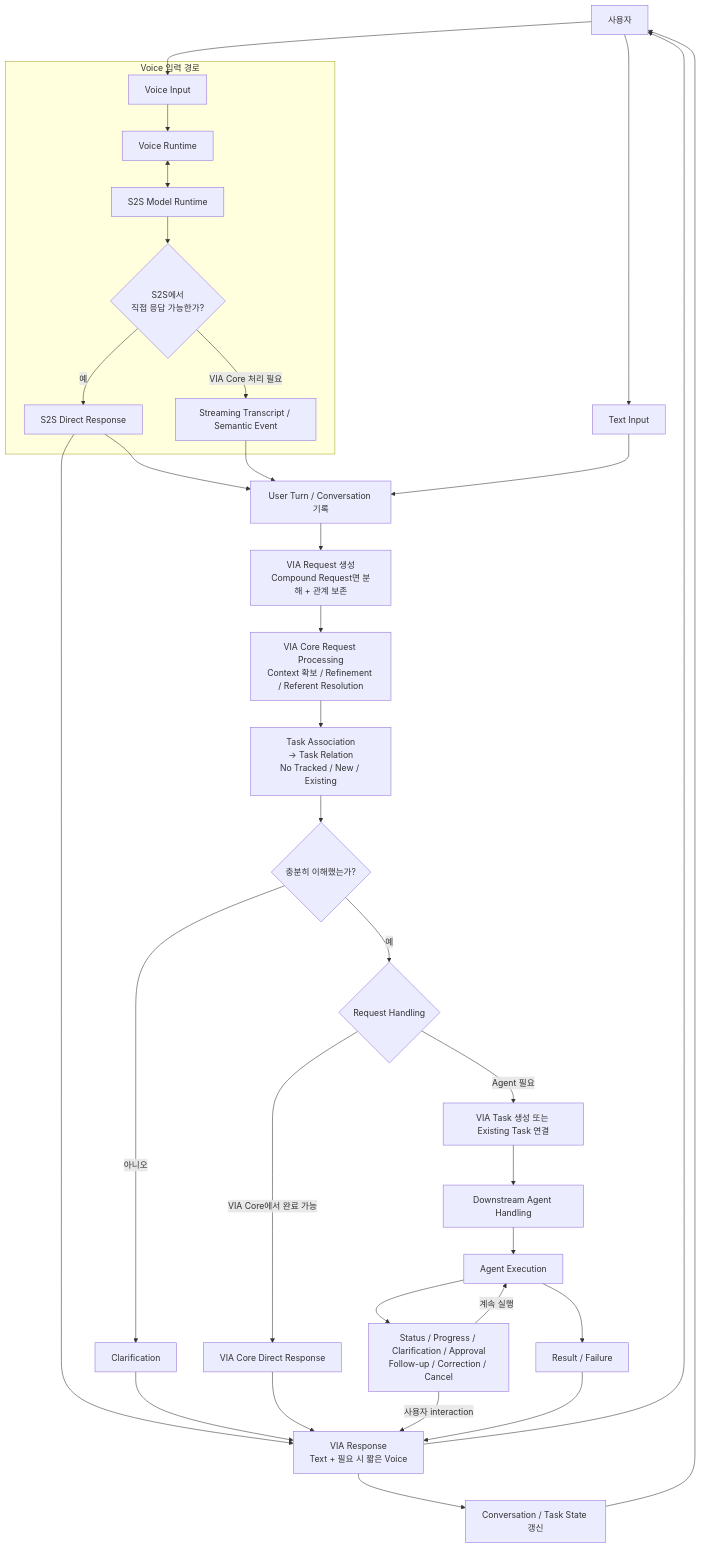
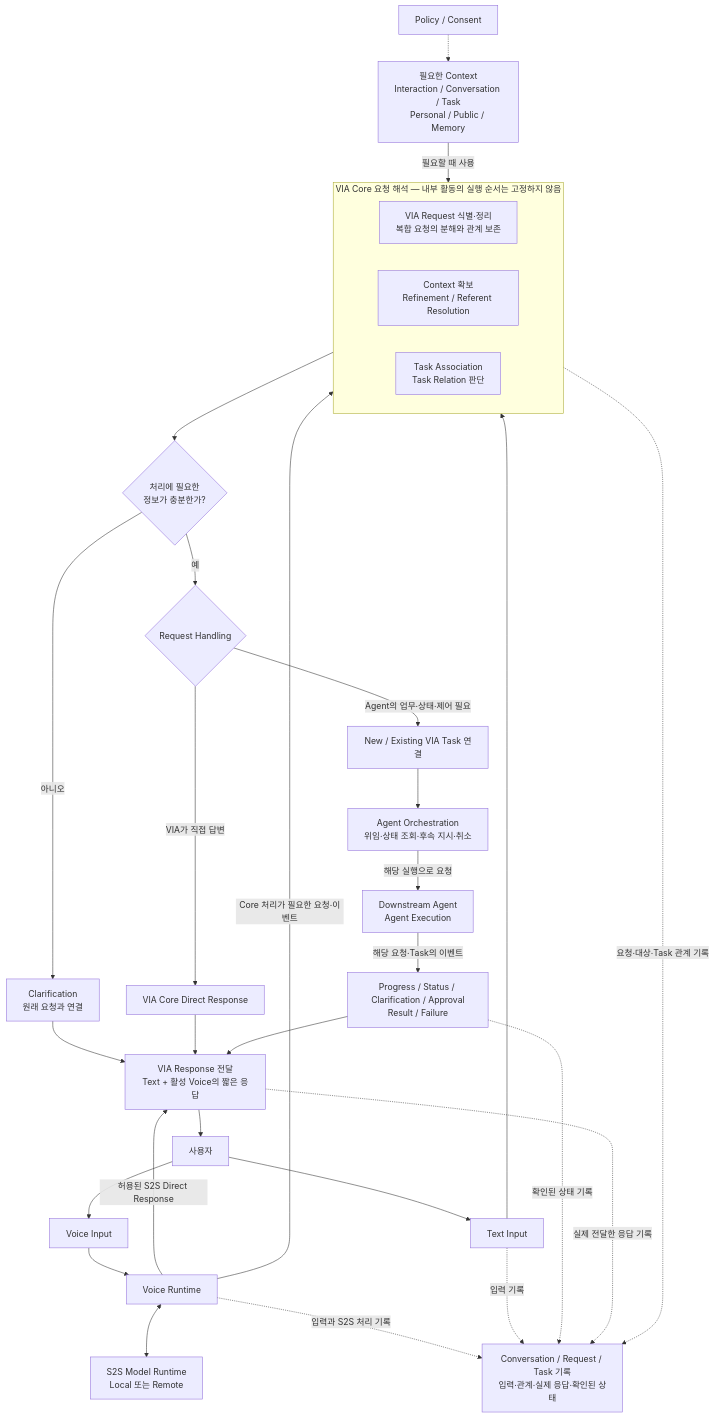
One commit to cbyche/via-sw-architecture changed the first of 5 diagrams in docs/rebaseline/04-canonical-interaction-flow.md. Above: the diagram before and after it, drawn with Mermaid. The commit also changed other lines of this file, not shown here.

````diff
--- a/docs/rebaseline/04-canonical-interaction-flow.md
+++ b/docs/rebaseline/04-canonical-interaction-flow.md
@@ -26,74 +26,55 @@
 ```mermaid
 flowchart TD
     U["사용자"]
+    VIN["Voice Input"]
+    TXT["Text Input"]
+    VR["Voice Runtime"]
+    S2S["S2S Model Runtime<br/>Local 또는 Remote"]
 
-    subgraph VOICE["Voice 입력 경로"]
-        VIN["Voice Input"]
-        VR["Voice Runtime"]
-        S2S["S2S Model Runtime"]
-        SD{"S2S에서<br/>직접 응답 가능한가?"}
-        SR["S2S Direct Response"]
-        EVT["Streaming Transcript / Semantic Event"]
-        VIN --> VR
-        VR <--> S2S
-        S2S --> SD
-        SD -->|"예"| SR
-        SD -->|"VIA Core 처리 필요"| EVT
+    subgraph WORK["VIA Core 요청 해석 — 내부 활동의 실행 순서는 고정하지 않음"]
+        REQ["VIA Request 식별·정리<br/>복합 요청의 분해와 관계 보존"]
+        CORE["Context 확보<br/>Refinement / Referent Resolution"]
+        ASSOC["Task Association<br/>Task Relation 판단"]
     end
 
-    TXT["Text Input"]
-    TURN["User Turn / Conversation 기록"]
-    REQ["VIA Request 생성<br/>Compound Request면 분해 + 관계 보존"]
-
-    CORE["VIA Core Request Processing<br/>Context 확보 / Refinement / Referent Resolution"]
-    TASK["Task Association<br/>→ Task Relation<br/>No Tracked / New / Existing"]
-    CLR{"충분히 이해했는가?"}
-    CLAR["Clarification"]
-
+    CTX["필요한 Context<br/>Interaction / Conversation / Task<br/>Personal / Public / Memory"]
+    POL["Policy / Consent"]
+    CHECK{"처리에 필요한<br/>정보가 충분한가?"}
+    CLAR["Clarification<br/>원래 요청과 연결"]
     HANDLE{"Request Handling"}
-
     VDR["VIA Core Direct Response"]
-    AG["Downstream Agent Handling"]
-    AT["VIA Task 생성 또는 Existing Task 연결"]
-    AE["Agent Execution"]
-
-    CTRL["Status / Progress / Clarification / Approval<br/>Follow-up / Correction / Cancel"]
-    RESULT["Result / Failure"]
-
-    RESP["VIA Response<br/>Text + 필요 시 짧은 Voice"]
-    STATE["Conversation / Task State 갱신"]
+    AT["New / Existing VIA Task 연결"]
+    AG["Agent Orchestration<br/>위임·상태 조회·후속 지시·취소"]
+    AE["Downstream Agent<br/>Agent Execution"]
+    EVENTS["Progress / Status / Clarification / Approval<br/>Result / Failure"]
+    RESP["VIA Response 전달<br/>Text + 활성 Voice의 짧은 응답"]
+    REC["Conversation / Request / Task 기록<br/>입력·관계·실제 응답·확인된 상태"]
 
     U --> VIN
     U --> TXT
-
-    SR --> TURN
-    SR --> RESP
-
-    EVT --> TURN
-    TXT --> TURN
-    TURN --> REQ
-    REQ --> CORE
-    CORE --> TASK
-    TASK --> CLR
-
-    CLR -->|"아니오"| CLAR
+    VIN --> VR
+    VR <--> S2S
+    VR -->|"Core 처리가 필요한 요청·이벤트"| WORK
+    VR -->|"허용된 S2S Direct Response"| RESP
+    TXT --> WORK
+    CTX -->|"필요할 때 사용"| WORK
+    POL -.-> CTX
+    WORK --> CHECK
+    CHECK -->|"아니오"| CLAR
     CLAR --> RESP
+    CHECK -->|"예"| HANDLE
+    HANDLE -->|"VIA가 직접 답변"| VDR
+    VDR --> RESP
+    HANDLE -->|"Agent의 업무·상태·제어 필요"| AT
+    AT --> AG
+    AG -->|"해당 실행으로 요청"| AE
+    AE -->|"해당 요청·Task의 이벤트"| EVENTS
+    EVENTS --> RESP
     RESP --> U
 
-    CLR -->|"예"| HANDLE
-
-    HANDLE -->|"VIA Core에서 완료 가능"| VDR
-    VDR --> RESP
-
-    HANDLE -->|"Agent 필요"| AT
-    AT --> AG
-    AG --> AE
-    AE --> CTRL
-    CTRL -->|"계속 실행"| AE
-    CTRL -->|"사용자 interaction"| RESP
-    AE --> RESULT
-    RESULT --> RESP
-
-    RESP --> STATE
-    STATE --> U
+    VR -. "입력과 S2S 처리 기록" .-> REC
+    TXT -. "입력 기록" .-> REC
+    WORK -. "요청·대상·Task 관계 기록" .-> REC
+    EVENTS -. "확인된 상태 기록" .-> REC
+    RESP -. "실제 전달한 응답 기록" .-> REC
 ```
````
